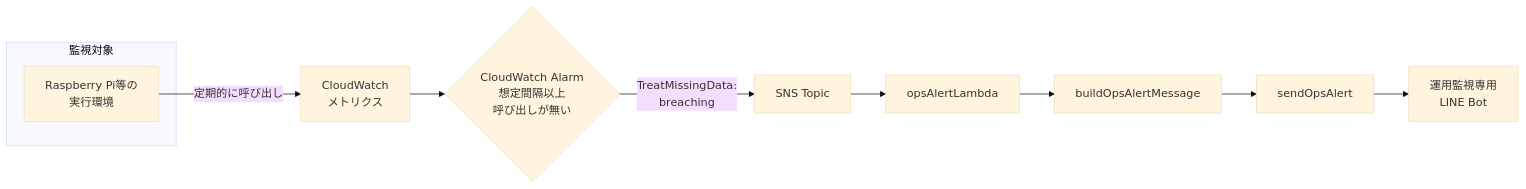
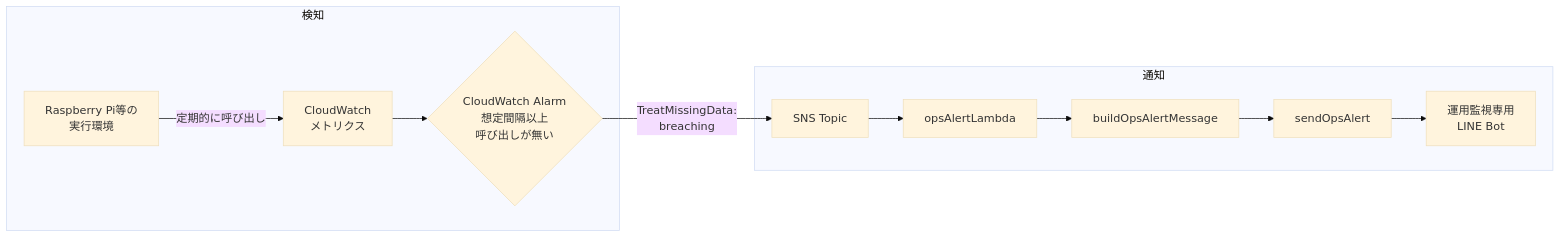
Before and after one commit to bamiyanapp/dev-standards: the diagram in docs/ops-monitoring-pattern.md, drawn with Mermaid (base theme). The commit also changed 2 other files, not shown here.

Commit message:
docs: 極端な縦横比のmermaid図を修正しスマホ向けレイアウト基準を追記する
設計:
- 選定内容: (1) ops-monitoring-pattern.mdの8ノード一本道flowchart LRを「検知」「通知」2つのsubgraphへ分割。(2) dependency-risk-judgment.mdのSBOMチェーン例（4ノード一本道flowchart LR）をTD化。(3) documentation-format-conventions.mdへスマホ向けmermaidレイアウト基準を追記
- 却下内容: 単純な方向転換（flowchart LR→TD）のみで対応する案。ops-monitoring-pattern.mdで実際に試したところ、横長（784x98、8:1）が縦長（250x1133相当、1:4.5）に入れ替わるだけで解決しなかった
- 理由: issue #1056。ユーザーから横長mermaid図の可読性について指摘を受け機械的に調査した結果、2箇所で縦横比8:1・12:1の極端なレイアウトを検出した。判断基準は縦横比そのものであり、TD/LRどちらの方向かは本質ではないという指摘を踏まえ、subgraphによるグループ化（またはノード数が多い場合は図自体の分割）を優先する指針としてドキュメント化した

影響:
- 影響モジュール: docs/ops-monitoring-pattern.md, docs/dependency-risk-judgment.md, docs/documentation-format-conventions.md
- 振る舞いの変更: ドキュメントのみ。CIのrender-mermaid-diagrams jobがmainマージ時に該当画像を再生成する

テスト:
- 追加済み: @mermaid-js/mermaid-cliによるローカルレンダリングで、ops-monitoring-pattern.mdが784x98（8:1）→784x154（5.1:1）、dependency-risk-judgment.mdのSBOM例が744x61（12.2:1）→168x316（1:1.9）に改善したことを確認。textlintで対象3ファイルのエラー0件を確認
- 未追加: N/A

````diff
--- a/docs/ops-monitoring-pattern.md
+++ b/docs/ops-monitoring-pattern.md
@@ -8,13 +8,14 @@
 ```mermaid
 flowchart LR
-    subgraph 監視対象
-        Target[Raspberry Pi等の<br/>実行環境]
+    subgraph 検知
+        Target[Raspberry Pi等の<br/>実行環境] -->|定期的に呼び出し| Metric[CloudWatch<br/>メトリクス]
+        Metric --> Alarm{CloudWatch Alarm<br/>想定間隔以上<br/>呼び出しが無い}
     end
-    Target -->|定期的に呼び出し| Metric[CloudWatch<br/>メトリクス]
-    Metric --> Alarm{CloudWatch Alarm<br/>想定間隔以上<br/>呼び出しが無い}
-    Alarm -->|TreatMissingData:<br/>breaching| SNS[SNS Topic]
-    SNS --> Lambda[opsAlertLambda]
-    Lambda --> Build[buildOpsAlertMessage]
-    Build --> Send[sendOpsAlert]
-    Send --> LINE[運用監視専用<br/>LINE Bot]
+    subgraph 通知
+        SNS[SNS Topic] --> Lambda[opsAlertLambda]
+        Lambda --> Build[buildOpsAlertMessage]
+        Build --> Send[sendOpsAlert]
+        Send --> LINE[運用監視専用<br/>LINE Bot]
+    end
+    Alarm -->|TreatMissingData:<br/>breaching| SNS
 ```
````
